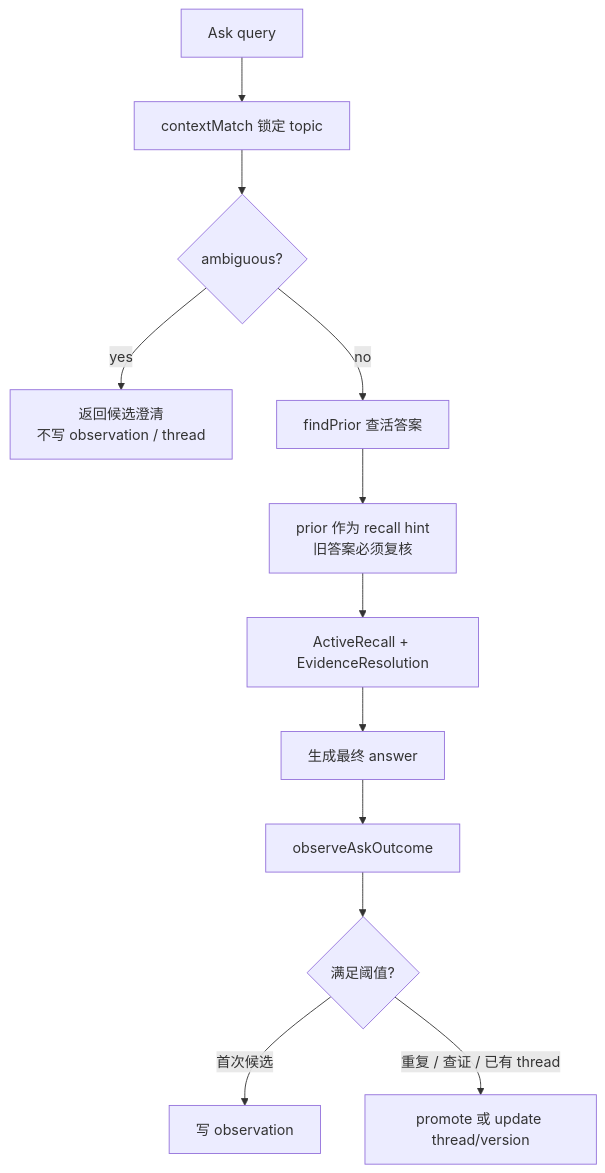
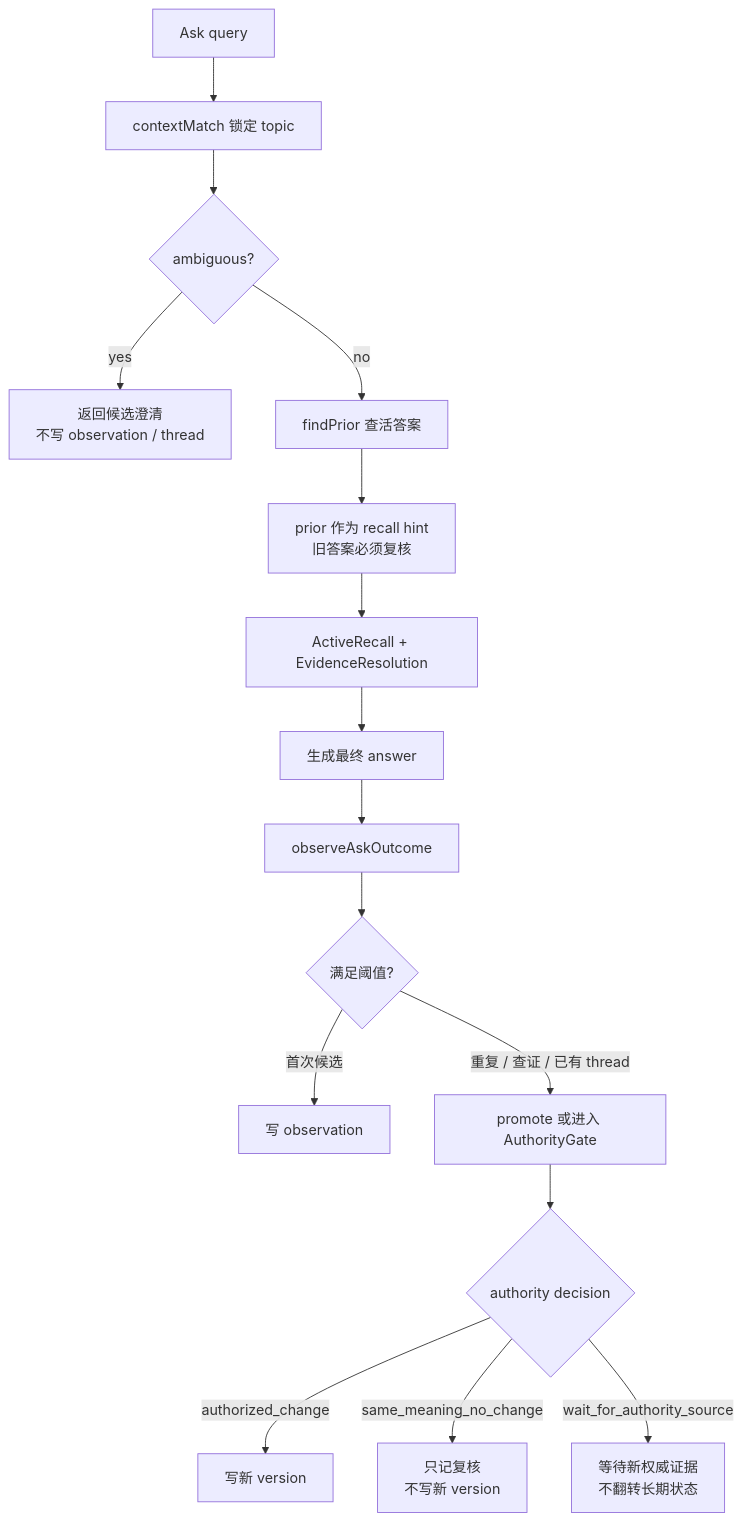
One commit to ee01/Personal-AI changed the second of 2 diagrams in docs/features/ask.md. Above: the diagram before and after it, drawn with Mermaid. The commit also changed other lines of this file and 158 other files, not shown here.

````diff
--- a/docs/features/ask.md
+++ b/docs/features/ask.md
@@ -121,14 +128,18 @@
 ```mermaid
 flowchart TD
     A["Ask query"] --> B["contextMatch 锁定 topic"]
     B --> C{"ambiguous?"}
     C -->|yes| D["返回候选澄清<br/>不写 observation / thread"]
     C -->|no| E["findPrior 查活答案"]
     E --> F["prior 作为 recall hint<br/>旧答案必须复核"]
     F --> G["ActiveRecall + EvidenceResolution"]
     G --> H["生成最终 answer"]
     H --> I["observeAskOutcome"]
     I --> J{"满足阈值?"}
     J -->|首次候选| K["写 observation"]
-    J -->|重复 / 查证 / 已有 thread| L["promote 或 update thread/version"]
+    J -->|重复 / 查证 / 已有 thread| L["promote 或进入 AuthorityGate"]
+    L --> M{"authority decision"}
+    M -->|authorized_change| N["写新 version"]
+    M -->|same_meaning_no_change| O["只记复核<br/>不写新 version"]
+    M -->|wait_for_authority_source| P["等待新权威证据<br/>不翻转长期状态"]
 ```
````
